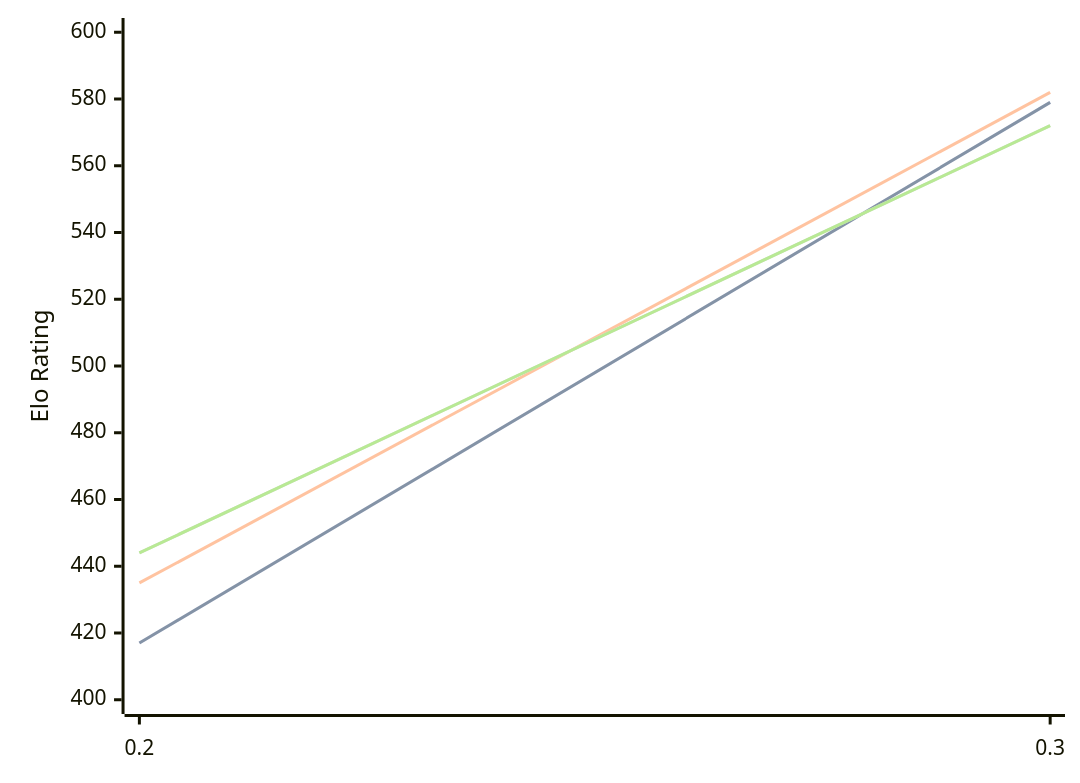
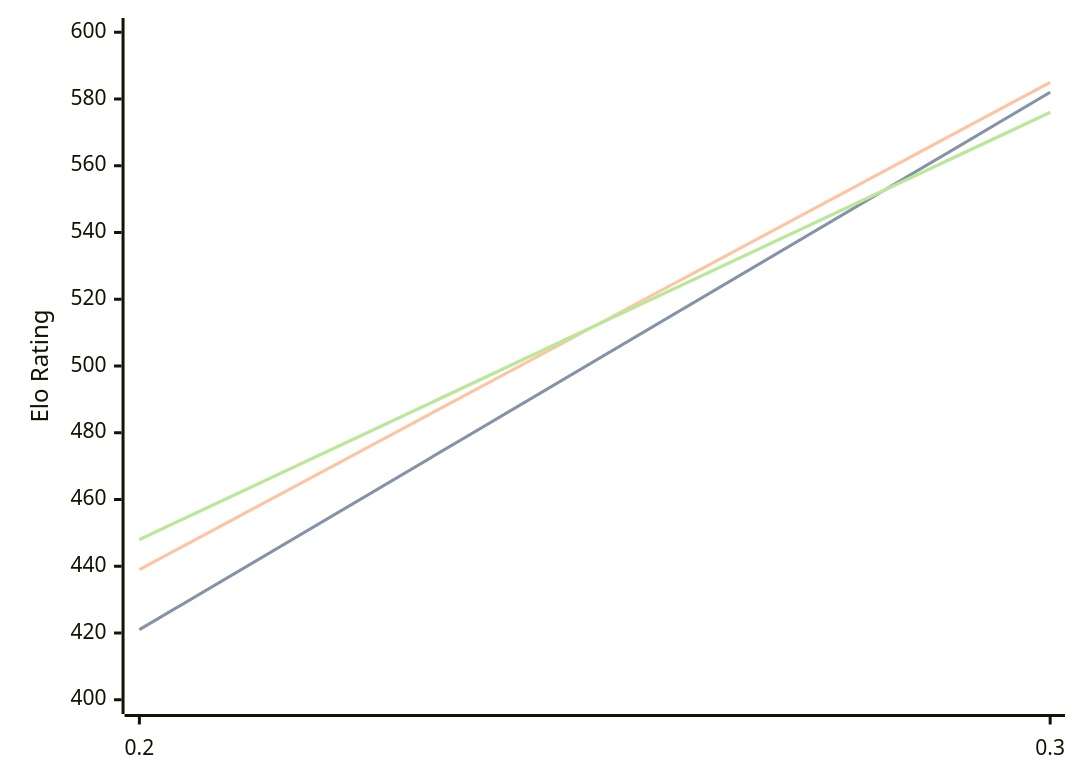
The diagram in engines/Magpie.md (computer-chess-index/cci), drawn with Mermaid before and after one commit. The commit also changed other lines of this file, not shown here.

Commit message:
Update CCI Ratings (ELO VLTC) - 2026-09-24

````diff
--- a/engines/Magpie.md
+++ b/engines/Magpie.md
@@ -32,11 +32,11 @@
 ```mermaid
 %%{init: {"theme":"base","themeVariables":{"seriesColors:['#a3a3a3','#222221','#faa371']}}}%%
 xychart-beta
   x-axis ["0.2", "0.3"]
   y-axis "Elo Rating" 400 --> 600
-  line "" [417, 579]
-  line "STC (8.0+0.08s)" [417, 579]
-  line "LTC (60.0+0.60s)" [435, 582]
-  line "" [444, 572]
-  line "VLTC (2m24s+1.12s)" [444, 572]
+  line "" [421, 582]
+  line "STC (8.0+0.08s)" [421, 582]
+  line "LTC (60.0+0.60s)" [439, 585]
+  line "" [448, 576]
+  line "VLTC (2m24s+1.12s)" [448, 576]
 ```
````
